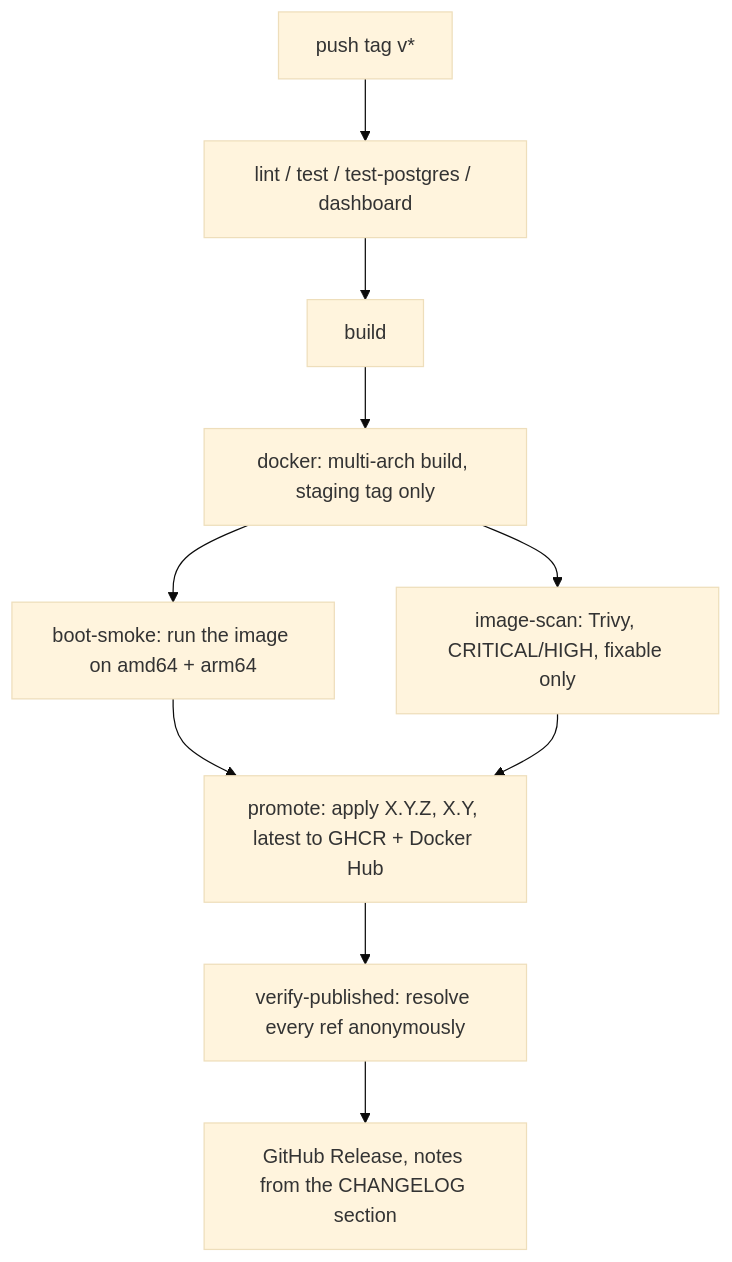
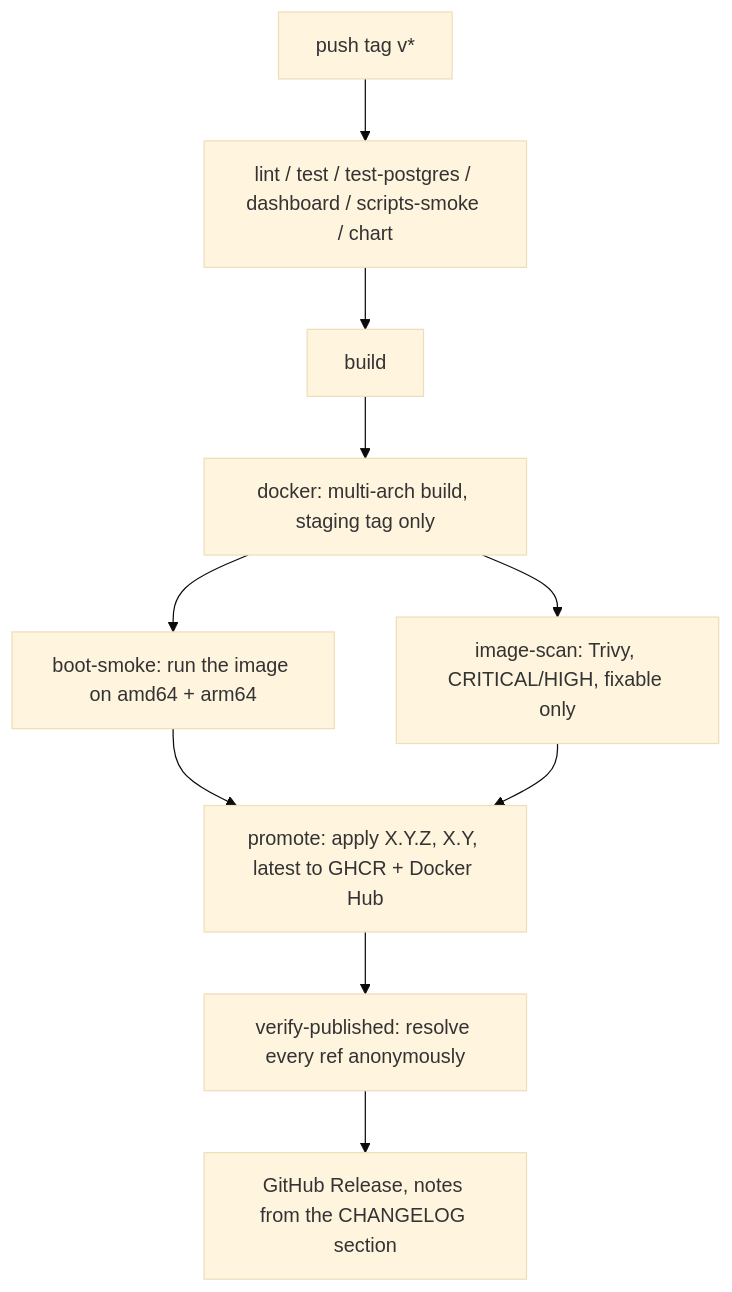
Before and after one commit to AntoineTROOVY/Sherlo: the seventh of 7 diagrams in docs/15-project-roadmap.md, drawn with Mermaid (base theme). The commit also changed other lines of this file, not shown here.

First line of the commit message:
docs(release): list every gate the tag runs before tagging

````diff
--- a/docs/15-project-roadmap.md
+++ b/docs/15-project-roadmap.md
@@ -723,12 +730,12 @@
 ```mermaid
 flowchart TB
-    A[push tag v*] --> B[lint / test / test-postgres / dashboard]
+    A[push tag v*] --> B[lint / test / test-postgres / dashboard / scripts-smoke / chart]
     B --> C[build]
     C --> D[docker: multi-arch build, staging tag only]
     D --> E[boot-smoke: run the image on amd64 + arm64]
     D --> F[image-scan: Trivy, CRITICAL/HIGH, fixable only]
     E --> G[promote: apply X.Y.Z, X.Y, latest to GHCR + Docker Hub]
     F --> G
     G --> H[verify-published: resolve every ref anonymously]
     H --> I[GitHub Release, notes from the CHANGELOG section]
 ```
````
